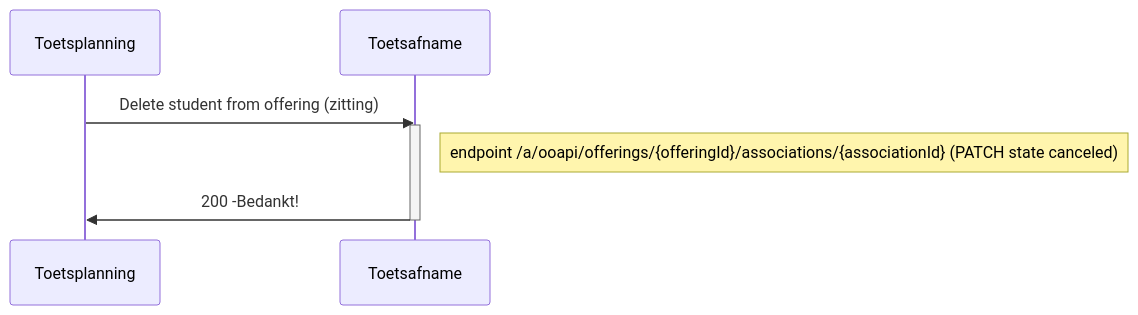
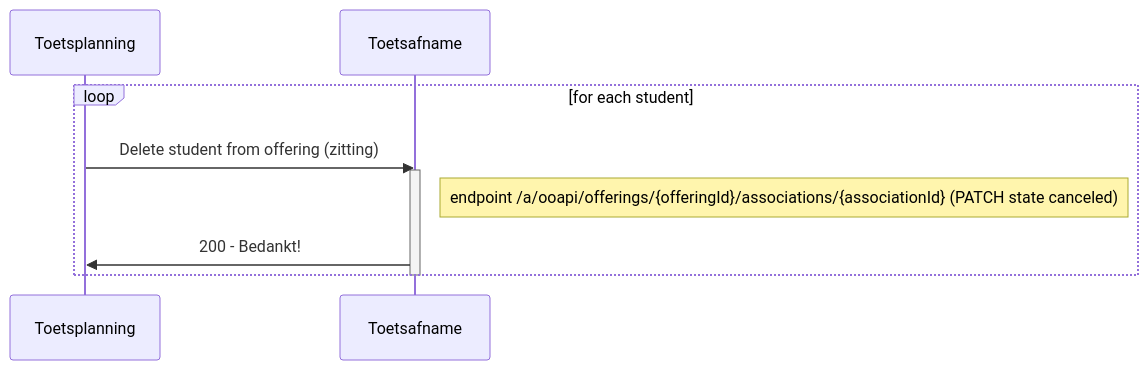
Before and after one commit to NetwerkExamineringDigitalisering/NED-OOAPI: the sixth of 8 diagrams in doc/flow2.md, drawn with Mermaid. The commit also changed other lines of this file, not shown here.

First line of the commit message:
Update flow2.md

````diff
--- a/doc/flow2.md
+++ b/doc/flow2.md
@@ -298,8 +298,10 @@
 ```mermaid
 sequenceDiagram
-    Toetsplanning->>Toetsafname: Delete student from offering (zitting)
-    activate Toetsafname
-    Note right of Toetsafname: endpoint /a/ooapi/offerings/{offeringId}/associations/{associationId} (PATCH state canceled)
-    Toetsafname->>Toetsplanning: 200 -Bedankt!
+    loop for each student
+        Toetsplanning->>Toetsafname: Delete student from offering (zitting)
+        activate Toetsafname
+        Note right of Toetsafname: endpoint /a/ooapi/offerings/{offeringId}/associations/{associationId} (PATCH state canceled)
+        Toetsafname->>Toetsplanning: 200 - Bedankt!
+    end
     deactivate Toetsafname
 ```
````
